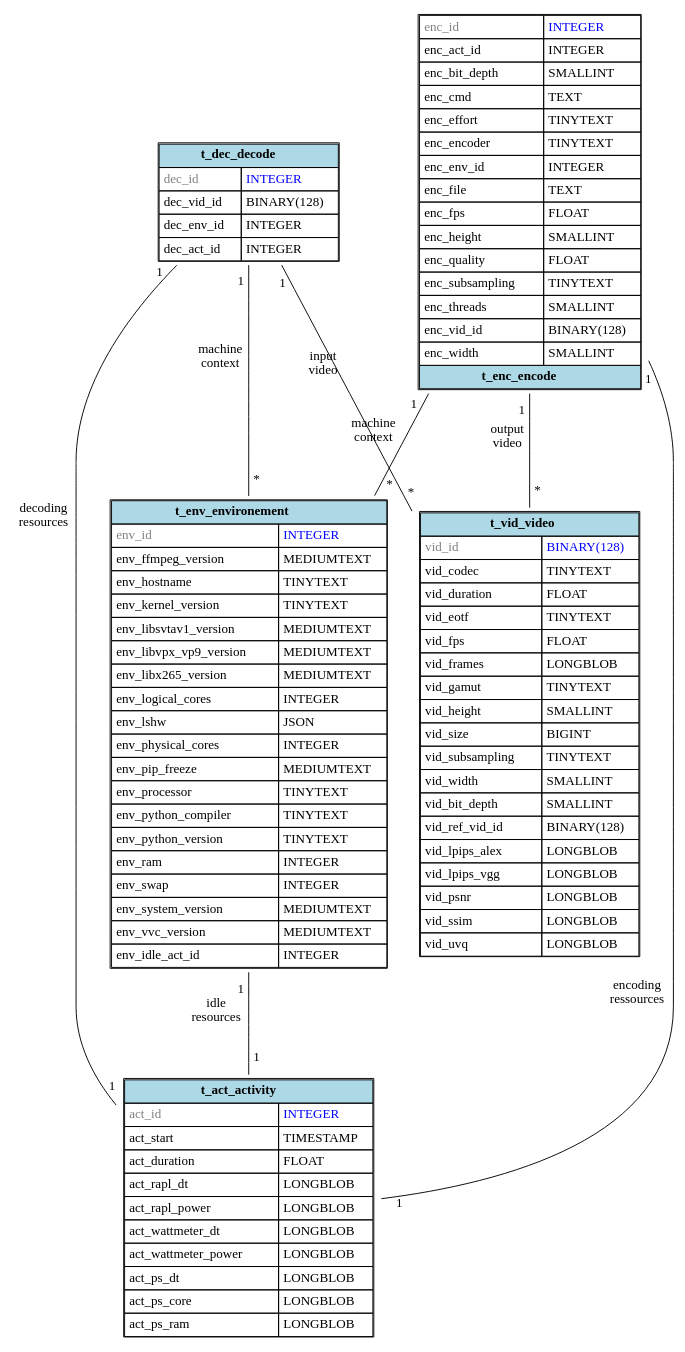
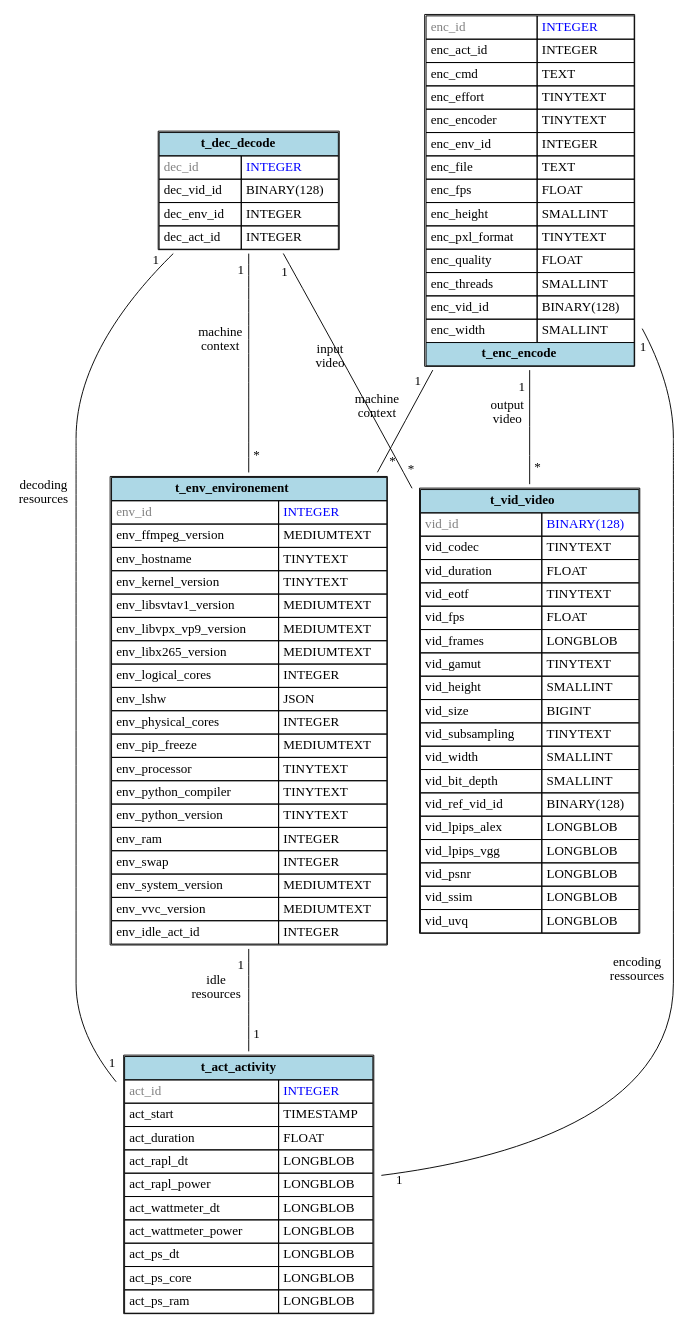
Before and after one commit to robinechuca/mendevi: the diagram in docs/images/database.dot, drawn with Graphviz. The commit also changed 5 other files, not shown here.

```diff
--- a/docs/images/database.dot
+++ b/docs/images/database.dot
@@ -1,112 +1,111 @@
 # dot -Tsvg database.dot > database.svg
 graph database {
   node [shape=plaintext]
   t_act_activity [
     label=<
       <TABLE BORDER="1" CELLBORDER="1" CELLSPACING="0" CELLPADDING="4">
         <TR><TD COLSPAN="2" BGCOLOR="lightblue"><B>t_act_activity</B></TD></TR>
         <TR><TD ALIGN="LEFT"><FONT COLOR="gray">act_id</FONT></TD><TD ALIGN="LEFT"><FONT COLOR="blue">INTEGER</FONT></TD></TR>
         <TR><TD ALIGN="LEFT">act_start</TD><TD ALIGN="LEFT">TIMESTAMP</TD></TR>
         <TR><TD ALIGN="LEFT">act_duration</TD><TD ALIGN="LEFT">FLOAT</TD></TR>
         <TR><TD ALIGN="LEFT">act_rapl_dt</TD><TD ALIGN="LEFT">LONGBLOB</TD></TR>
         <TR><TD ALIGN="LEFT">act_rapl_power</TD><TD ALIGN="LEFT">LONGBLOB</TD></TR>
         <TR><TD ALIGN="LEFT">act_wattmeter_dt</TD><TD ALIGN="LEFT">LONGBLOB</TD></TR>
         <TR><TD ALIGN="LEFT">act_wattmeter_power</TD><TD ALIGN="LEFT">LONGBLOB</TD></TR>
         <TR><TD ALIGN="LEFT">act_ps_dt</TD><TD ALIGN="LEFT">LONGBLOB</TD></TR>
         <TR><TD ALIGN="LEFT">act_ps_core</TD><TD ALIGN="LEFT">LONGBLOB</TD></TR>
         <TR><TD ALIGN="LEFT">act_ps_ram</TD><TD ALIGN="LEFT">LONGBLOB</TD></TR>
       </TABLE>
     >
   ];
   t_vid_video [
     label=<
       <TABLE BORDER="1" CELLBORDER="1" CELLSPACING="0" CELLPADDING="4">
         <TR><TD COLSPAN="2" BGCOLOR="lightblue"><B>t_vid_video</B></TD></TR>
         <TR><TD ALIGN="LEFT"><FONT COLOR="gray">vid_id</FONT></TD><TD ALIGN="LEFT"><FONT COLOR="blue">BINARY(128)</FONT></TD></TR>
         <TR><TD ALIGN="LEFT">vid_codec</TD><TD ALIGN="LEFT">TINYTEXT</TD></TR>
         <TR><TD ALIGN="LEFT">vid_duration</TD><TD ALIGN="LEFT">FLOAT</TD></TR>
         <TR><TD ALIGN="LEFT">vid_eotf</TD><TD ALIGN="LEFT">TINYTEXT</TD></TR>
         <TR><TD ALIGN="LEFT">vid_fps</TD><TD ALIGN="LEFT">FLOAT</TD></TR>
         <TR><TD ALIGN="LEFT">vid_frames</TD><TD ALIGN="LEFT">LONGBLOB</TD></TR>
         <TR><TD ALIGN="LEFT">vid_gamut</TD><TD ALIGN="LEFT">TINYTEXT</TD></TR>
         <TR><TD ALIGN="LEFT">vid_height</TD><TD ALIGN="LEFT">SMALLINT</TD></TR>
         <TR><TD ALIGN="LEFT">vid_size</TD><TD ALIGN="LEFT">BIGINT</TD></TR>
         <TR><TD ALIGN="LEFT">vid_subsampling</TD><TD ALIGN="LEFT">TINYTEXT</TD></TR>
         <TR><TD ALIGN="LEFT">vid_width</TD><TD ALIGN="LEFT">SMALLINT</TD></TR>
         <TR><TD ALIGN="LEFT">vid_bit_depth</TD><TD ALIGN="LEFT">SMALLINT</TD></TR>
         <TR><TD ALIGN="LEFT">vid_ref_vid_id</TD><TD ALIGN="LEFT">BINARY(128)</TD></TR>
         <TR><TD ALIGN="LEFT">vid_lpips_alex</TD><TD ALIGN="LEFT">LONGBLOB</TD></TR>
         <TR><TD ALIGN="LEFT">vid_lpips_vgg</TD><TD ALIGN="LEFT">LONGBLOB</TD></TR>
         <TR><TD ALIGN="LEFT">vid_psnr</TD><TD ALIGN="LEFT">LONGBLOB</TD></TR>
         <TR><TD ALIGN="LEFT">vid_ssim</TD><TD ALIGN="LEFT">LONGBLOB</TD></TR>
         <TR><TD ALIGN="LEFT">vid_uvq</TD><TD ALIGN="LEFT">LONGBLOB</TD></TR>
       </TABLE>
     >
   ];
   t_env_environement [
     label=<
       <TABLE BORDER="1" CELLBORDER="1" CELLSPACING="0" CELLPADDING="4">
         <TR><TD COLSPAN="2" BGCOLOR="lightblue"><B>t_env_environement</B></TD></TR>
         <TR><TD ALIGN="LEFT"><FONT COLOR="gray">env_id</FONT></TD><TD ALIGN="LEFT"><FONT COLOR="blue">INTEGER</FONT></TD></TR>
         <TR><TD ALIGN="LEFT">env_ffmpeg_version</TD><TD ALIGN="LEFT">MEDIUMTEXT</TD></TR>
         <TR><TD ALIGN="LEFT">env_hostname</TD><TD ALIGN="LEFT">TINYTEXT</TD></TR>
         <TR><TD ALIGN="LEFT">env_kernel_version</TD><TD ALIGN="LEFT">TINYTEXT</TD></TR>
         <TR><TD ALIGN="LEFT">env_libsvtav1_version</TD><TD ALIGN="LEFT">MEDIUMTEXT</TD></TR>
         <TR><TD ALIGN="LEFT">env_libvpx_vp9_version</TD><TD ALIGN="LEFT">MEDIUMTEXT</TD></TR>
         <TR><TD ALIGN="LEFT">env_libx265_version</TD><TD ALIGN="LEFT">MEDIUMTEXT</TD></TR>
         <TR><TD ALIGN="LEFT">env_logical_cores</TD><TD ALIGN="LEFT">INTEGER</TD></TR>
         <TR><TD ALIGN="LEFT">env_lshw</TD><TD ALIGN="LEFT">JSON</TD></TR>
         <TR><TD ALIGN="LEFT">env_physical_cores</TD><TD ALIGN="LEFT">INTEGER</TD></TR>
         <TR><TD ALIGN="LEFT">env_pip_freeze</TD><TD ALIGN="LEFT">MEDIUMTEXT</TD></TR>
         <TR><TD ALIGN="LEFT">env_processor</TD><TD ALIGN="LEFT">TINYTEXT</TD></TR>
         <TR><TD ALIGN="LEFT">env_python_compiler</TD><TD ALIGN="LEFT">TINYTEXT</TD></TR>
         <TR><TD ALIGN="LEFT">env_python_version</TD><TD ALIGN="LEFT">TINYTEXT</TD></TR>
         <TR><TD ALIGN="LEFT">env_ram</TD><TD ALIGN="LEFT">INTEGER</TD></TR>
         <TR><TD ALIGN="LEFT">env_swap</TD><TD ALIGN="LEFT">INTEGER</TD></TR>
         <TR><TD ALIGN="LEFT">env_system_version</TD><TD ALIGN="LEFT">MEDIUMTEXT</TD></TR>
         <TR><TD ALIGN="LEFT">env_vvc_version</TD><TD ALIGN="LEFT">MEDIUMTEXT</TD></TR>
         <TR><TD ALIGN="LEFT">env_idle_act_id</TD><TD ALIGN="LEFT">INTEGER</TD></TR>
       </TABLE>
     >
   ];
   t_dec_decode [
     label=<
       <TABLE BORDER="1" CELLBORDER="1" CELLSPACING="0" CELLPADDING="4">
         <TR><TD COLSPAN="2" BGCOLOR="lightblue"><B>t_dec_decode</B></TD></TR>
         <TR><TD ALIGN="LEFT"><FONT COLOR="gray">dec_id</FONT></TD><TD ALIGN="LEFT"><FONT COLOR="blue">INTEGER</FONT></TD></TR>
         <TR><TD ALIGN="LEFT">dec_vid_id</TD><TD ALIGN="LEFT">BINARY(128)</TD></TR>
         <TR><TD ALIGN="LEFT">dec_env_id</TD><TD ALIGN="LEFT">INTEGER</TD></TR>
         <TR><TD ALIGN="LEFT">dec_act_id</TD><TD ALIGN="LEFT">INTEGER</TD></TR>
       </TABLE>
     >
   ];
   t_enc_encode [
     label=<
       <TABLE BORDER="1" CELLBORDER="1" CELLSPACING="0" CELLPADDING="4">
         <TR><TD ALIGN="LEFT"><FONT COLOR="gray">enc_id</FONT></TD><TD ALIGN="LEFT"><FONT COLOR="blue">INTEGER</FONT></TD></TR>
         <TR><TD ALIGN="LEFT">enc_act_id</TD><TD ALIGN="LEFT">INTEGER</TD></TR>
-        <TR><TD ALIGN="LEFT">enc_bit_depth</TD><TD ALIGN="LEFT">SMALLINT</TD></TR>
         <TR><TD ALIGN="LEFT">enc_cmd</TD><TD ALIGN="LEFT">TEXT</TD></TR>
         <TR><TD ALIGN="LEFT">enc_effort</TD><TD ALIGN="LEFT">TINYTEXT</TD></TR>
         <TR><TD ALIGN="LEFT">enc_encoder</TD><TD ALIGN="LEFT">TINYTEXT</TD></TR>
         <TR><TD ALIGN="LEFT">enc_env_id</TD><TD ALIGN="LEFT">INTEGER</TD></TR>
         <TR><TD ALIGN="LEFT">enc_file</TD><TD ALIGN="LEFT">TEXT</TD></TR>
         <TR><TD ALIGN="LEFT">enc_fps</TD><TD ALIGN="LEFT">FLOAT</TD></TR>
         <TR><TD ALIGN="LEFT">enc_height</TD><TD ALIGN="LEFT">SMALLINT</TD></TR>
+        <TR><TD ALIGN="LEFT">enc_pxl_format</TD><TD ALIGN="LEFT">TINYTEXT</TD></TR>
         <TR><TD ALIGN="LEFT">enc_quality</TD><TD ALIGN="LEFT">FLOAT</TD></TR>
-        <TR><TD ALIGN="LEFT">enc_subsampling</TD><TD ALIGN="LEFT">TINYTEXT</TD></TR>
         <TR><TD ALIGN="LEFT">enc_threads</TD><TD ALIGN="LEFT">SMALLINT</TD></TR>
         <TR><TD ALIGN="LEFT">enc_vid_id</TD><TD ALIGN="LEFT">BINARY(128)</TD></TR>
         <TR><TD ALIGN="LEFT">enc_width</TD><TD ALIGN="LEFT">SMALLINT</TD></TR>
         <TR><TD COLSPAN="2" BGCOLOR="lightblue"><B>t_enc_encode</B></TD></TR>
       </TABLE>
     >
   ];
   t_enc_encode -- t_act_activity [minlen=3, taillabel="1", headlabel="1", xlabel="encoding\nressources", labeldistance=2.0]
   t_enc_encode -- t_env_environement [minlen=3, taillabel="1", headlabel="*", xlabel="machine\ncontext", labeldistance=2.0]
   t_enc_encode -- t_vid_video [minlen=3, taillabel="1", headlabel="*", xlabel="output\nvideo", labeldistance=2.0]
   t_dec_decode -- t_act_activity [minlen=3, taillabel="1", headlabel="1", xlabel="decoding\nresources", labeldistance=2.0]
   t_dec_decode -- t_env_environement [minlen=3, taillabel="1", headlabel="*", xlabel="machine\ncontext", labeldistance=2.0]
   t_dec_decode -- t_vid_video [minlen=3, taillabel="1", headlabel="*", xlabel="input\nvideo", labeldistance=2.0]
   t_env_environement -- t_act_activity [minlen=3, taillabel="1", headlabel="1", xlabel="idle\nresources", labeldistance=2.0]
 }
```
